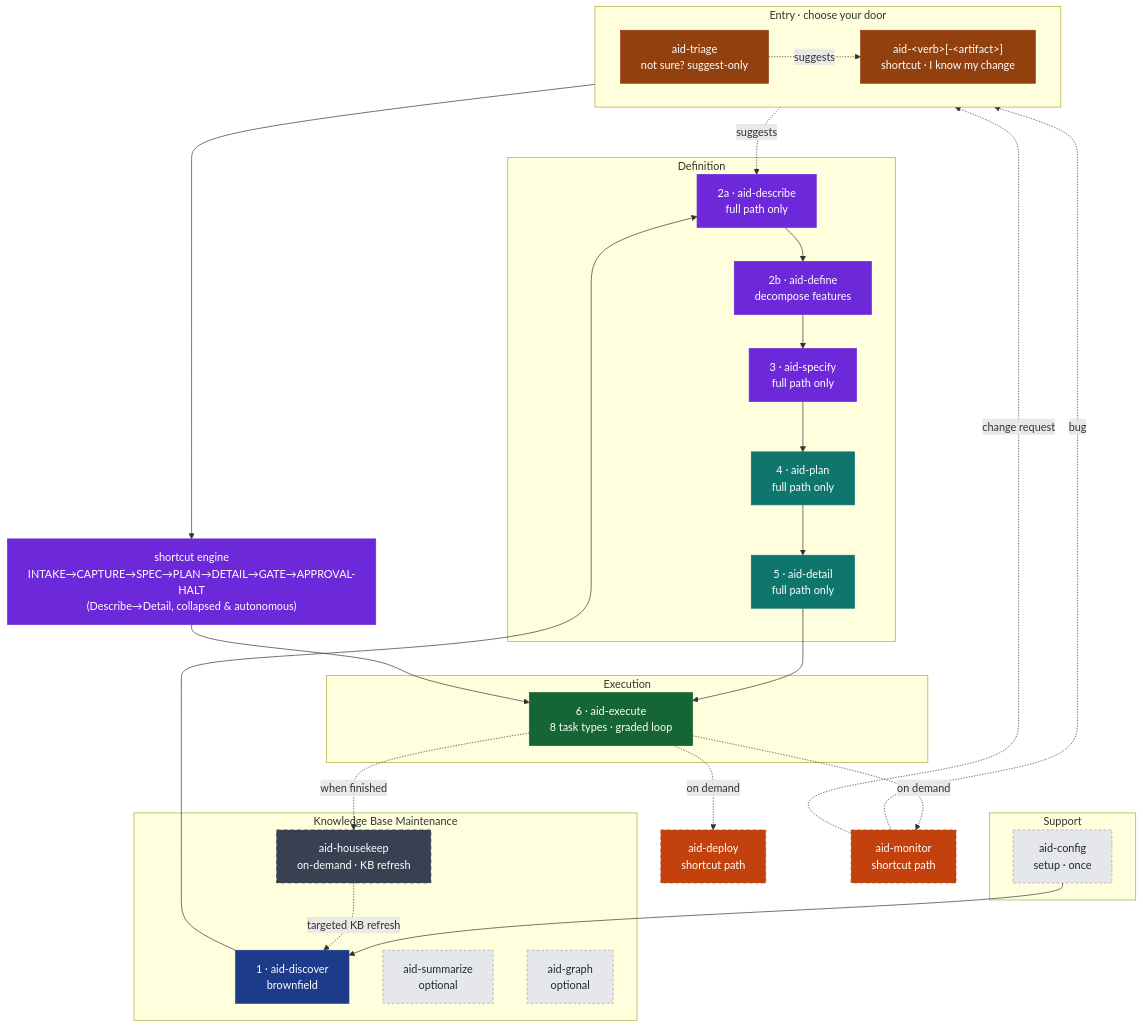
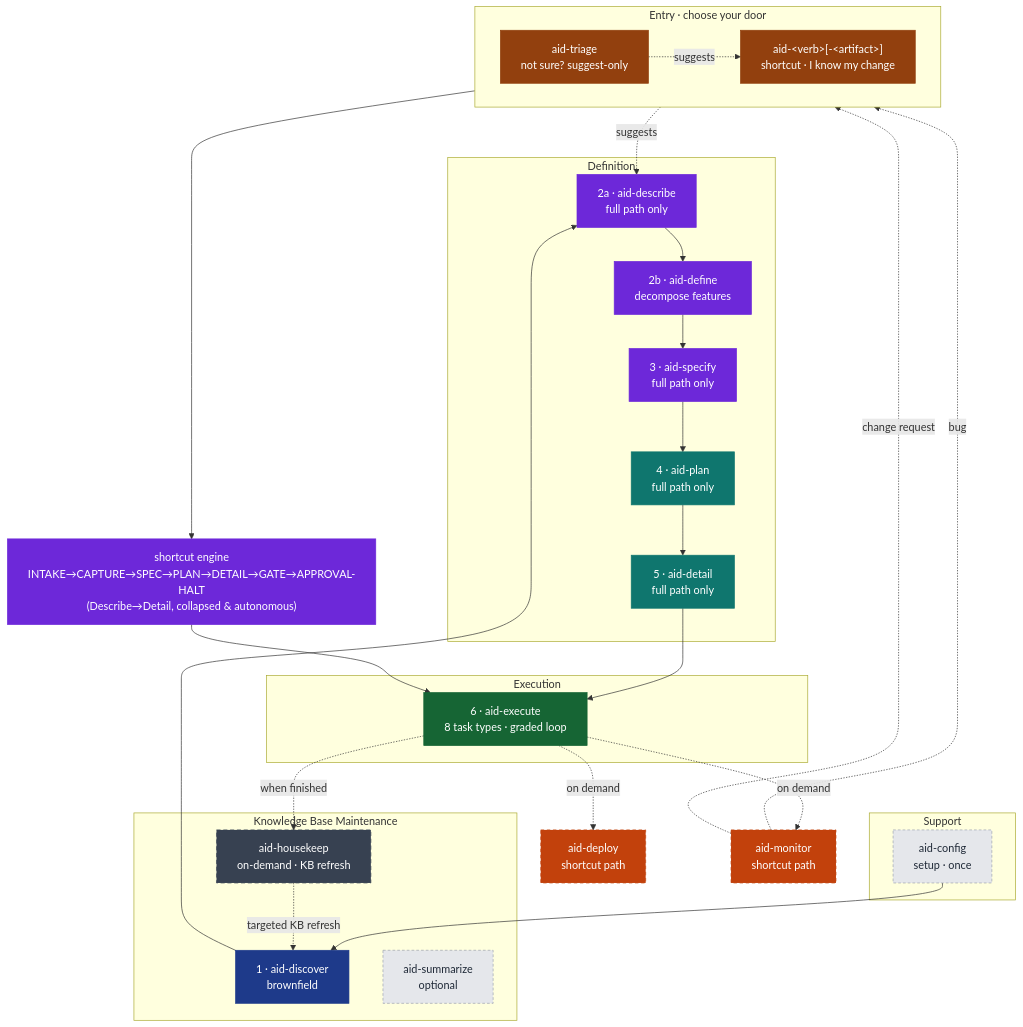
One commit to AndreVianna/aid-methodology changed the first of 7 diagrams in docs/aid-methodology.md. Above: the diagram before and after it, drawn with Mermaid. The commit also changed other lines of this file and 516 other files, not shown here.

Commit message:
Completely remove aid-graph skill

````diff
--- a/docs/aid-methodology.md
+++ b/docs/aid-methodology.md
@@ -26,52 +26,51 @@
 ```mermaid
 flowchart TB
     classDef prep    fill:#1E3A8A,stroke:#1E3A8A,color:#ffffff
     classDef def     fill:#6D28D9,stroke:#6D28D9,color:#ffffff
     classDef map     fill:#0F766E,stroke:#0F766E,color:#ffffff
     classDef exe     fill:#166534,stroke:#166534,color:#ffffff
     classDef delopt  fill:#C2410C,stroke:#C2410C,color:#ffffff,stroke-dasharray:5 4
     classDef aux     fill:#E5E7EB,stroke:#9CA3AF,color:#1F2937,stroke-dasharray:4 3
     classDef offpipe fill:#374151,stroke:#374151,color:#ffffff,stroke-dasharray:6 4
     classDef entry   fill:#92400E,stroke:#92400E,color:#ffffff
 
     subgraph GE[" Entry · choose your door "]
         direction LR
         SC["aid-&lt;verb&gt;[-&lt;artifact&gt;]<br/>shortcut · I know my change"]:::entry
         TR["aid-triage<br/>not sure? suggest-only"]:::entry
     end
     TR -. suggests .-> SC
 
     subgraph GS[" Support "]
         Init["aid-config<br/>setup · once"]:::aux
     end
     subgraph G1[" Knowledge Base Maintenance "]
         Disc["1 · aid-discover<br/>brownfield"]:::prep
         Sum["aid-summarize<br/>optional"]:::aux
-        Graph["aid-graph<br/>optional"]:::aux
         HK["aid-housekeep<br/>on-demand · KB refresh"]:::offpipe
     end
     subgraph G2[" Definition "]
         Desc["2a · aid-describe<br/>full path only"]:::def
         Def["2b · aid-define<br/>decompose features"]:::def
         Spec["3 · aid-specify<br/>full path only"]:::def
         Plan["4 · aid-plan<br/>full path only"]:::map
         Det["5 · aid-detail<br/>full path only"]:::map
     end
     subgraph G4[" Execution "]
         Exe["6 · aid-execute<br/>8 task types · graded loop"]:::exe
     end
 
     Dep["aid-deploy<br/>shortcut path"]:::delopt
     Mon["aid-monitor<br/>shortcut path"]:::delopt
 
     TR -. suggests .-> Desc
     Init --> Disc --> Desc --> Def --> Spec --> Plan --> Det --> Exe
     SC --> ENG["shortcut engine<br/>INTAKE→CAPTURE→SPEC→PLAN→DETAIL→GATE→APPROVAL-HALT<br/>(Describe→Detail, collapsed &amp; autonomous)"]:::def
     ENG --> Exe
     Exe -. "on demand" .-> Dep
     Exe -. "on demand" .-> Mon
     Exe -. "when finished" .-> HK
     Mon -. "bug" .-> SC
     Mon -. "change request" .-> TR
     HK  -. "targeted KB refresh" .-> Disc
 ```
````
